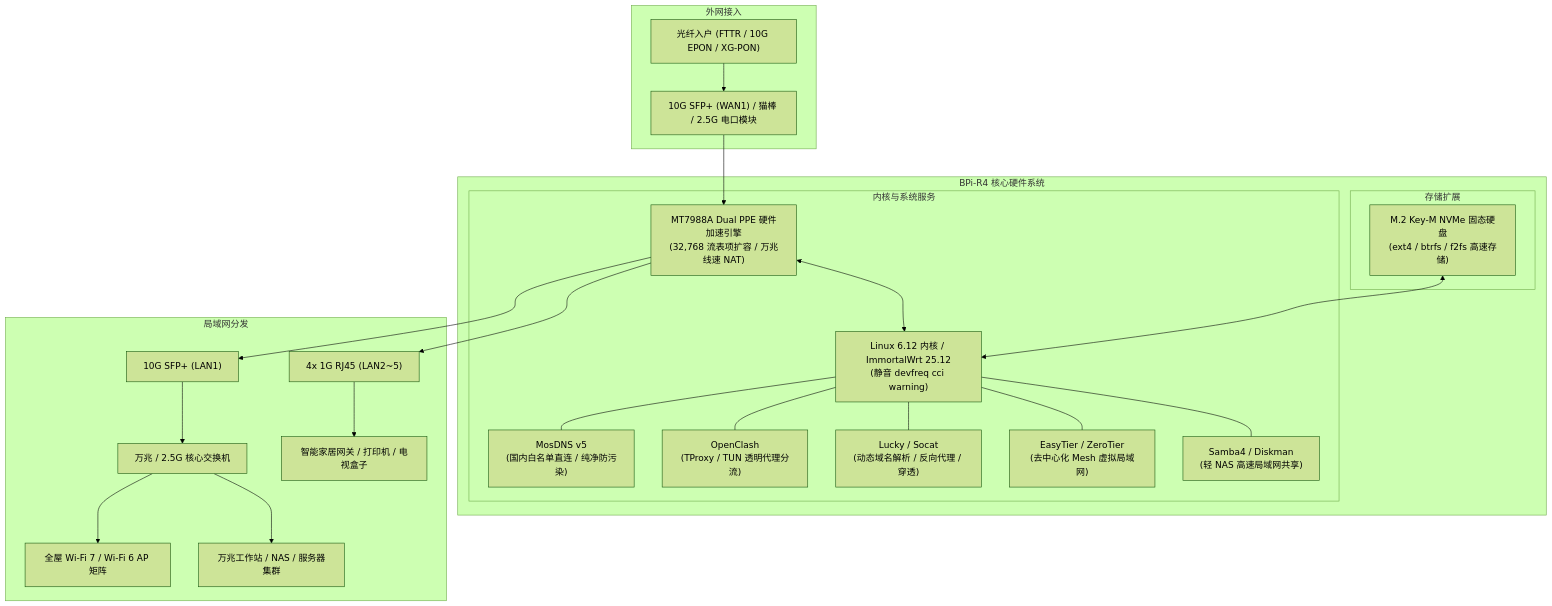
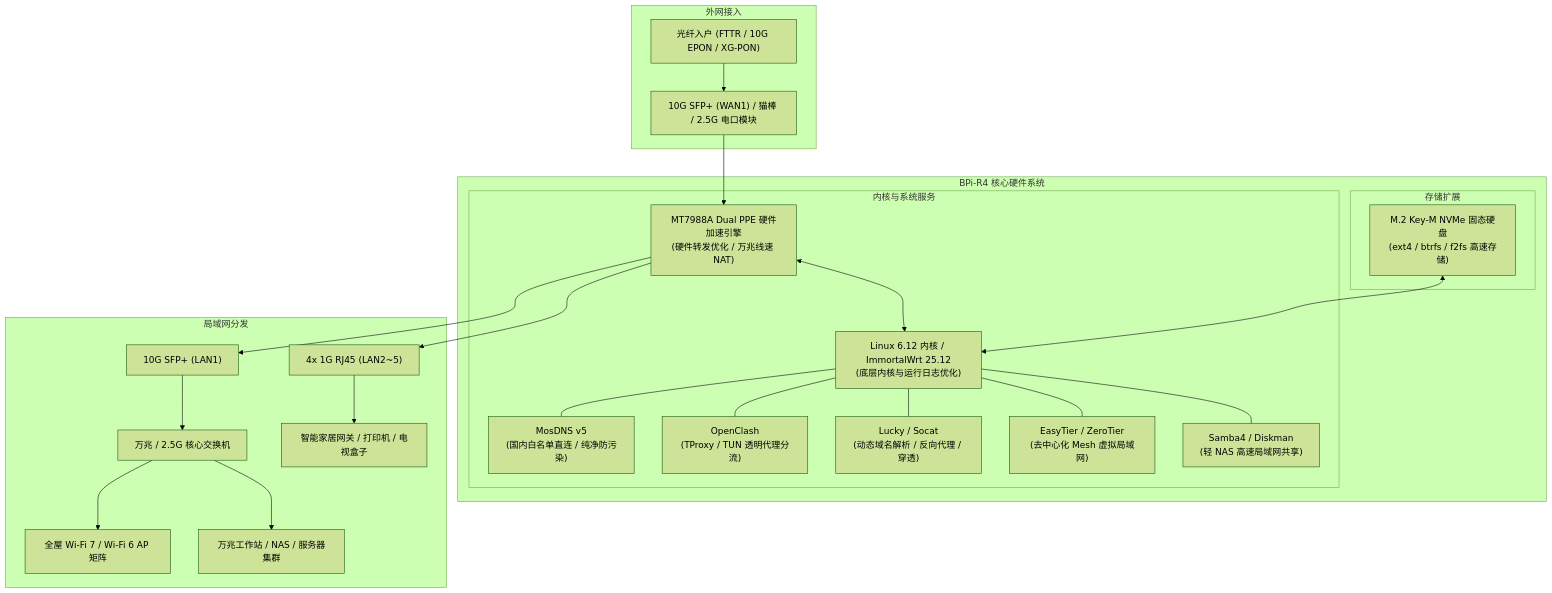
The diagram in README.md (Apocalypse-Long/bpi-r4-builder), drawn with Mermaid (forest theme) before and after one commit. The commit also changed other lines of this file and 1 other file, not shown here.

````diff
--- a/README.md
+++ b/README.md
@@ -50,32 +50,32 @@
 ```mermaid
 flowchart TD
     subgraph 外网接入
         WAN_IN["光纤入户 (FTTR / 10G EPON / XG-PON)"] --> SFP1["10G SFP+ (WAN1) / 猫棒 / 2.5G 电口模块"]
     end
 
     subgraph BPi-R4 核心硬件系统
-        SFP1 --> PPE["MT7988A Dual PPE 硬件加速引擎\n(32,768 流表项扩容 / 万兆线速 NAT)"]
+        SFP1 --> PPE["MT7988A Dual PPE 硬件加速引擎\n(硬件转发优化 / 万兆线速 NAT)"]
         
         subgraph 内核与系统服务
-            PPE <--> KERNEL["Linux 6.12 内核 / ImmortalWrt 25.12\n(静音 devfreq cci warning)"]
+            PPE <--> KERNEL["Linux 6.12 内核 / ImmortalWrt 25.12\n(底层内核与运行日志优化)"]
             KERNEL --- MOSDNS["MosDNS v5\n(国内白名单直连 / 纯净防污染)"]
             KERNEL --- CLASH["OpenClash\n(TProxy / TUN 透明代理分流)"]
             KERNEL --- LUCKY["Lucky / Socat\n(动态域名解析 / 反向代理 / 穿透)"]
             KERNEL --- EASYTIER["EasyTier / ZeroTier\n(去中心化 Mesh 虚拟局域网)"]
             KERNEL --- SAMBA["Samba4 / Diskman\n(轻 NAS 高速局域网共享)"]
         end
 
         subgraph 存储扩展
             NVME["M.2 Key-M NVMe 固态硬盘\n(ext4 / btrfs / f2fs 高速存储)"] <--> KERNEL
         end
     end
 
     subgraph 局域网分发
         PPE --> SFP2["10G SFP+ (LAN1)"]
         PPE --> RJ45["4x 1G RJ45 (LAN2~5)"]
         SFP2 --> SWITCH["万兆 / 2.5G 核心交换机"]
         SWITCH --> AP["全屋 Wi-Fi 7 / Wi-Fi 6 AP 矩阵"]
         SWITCH --> PC["万兆工作站 / NAS / 服务器集群"]
         RJ45 --> IOT["智能家居网关 / 打印机 / 电视盒子"]
     end
 ```
````
